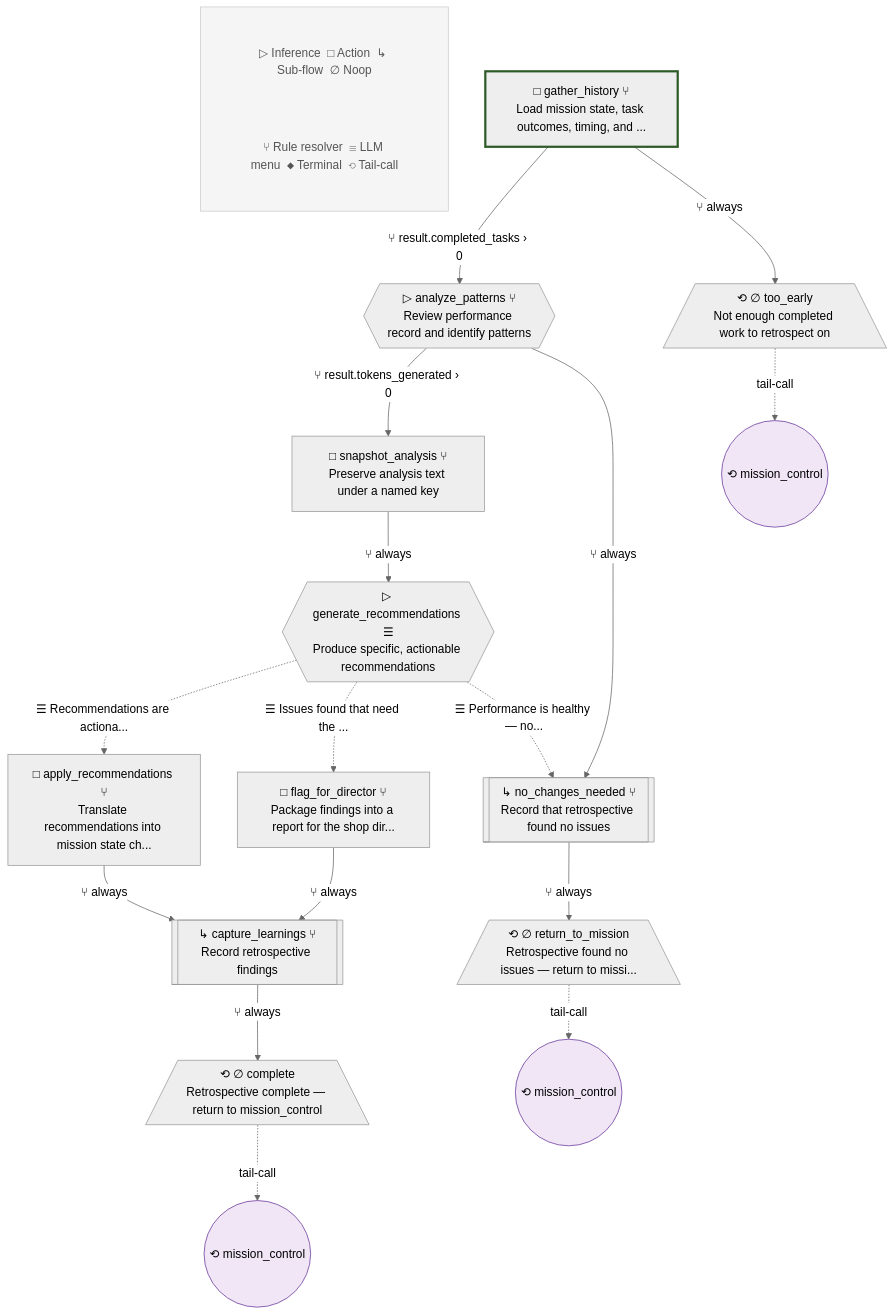
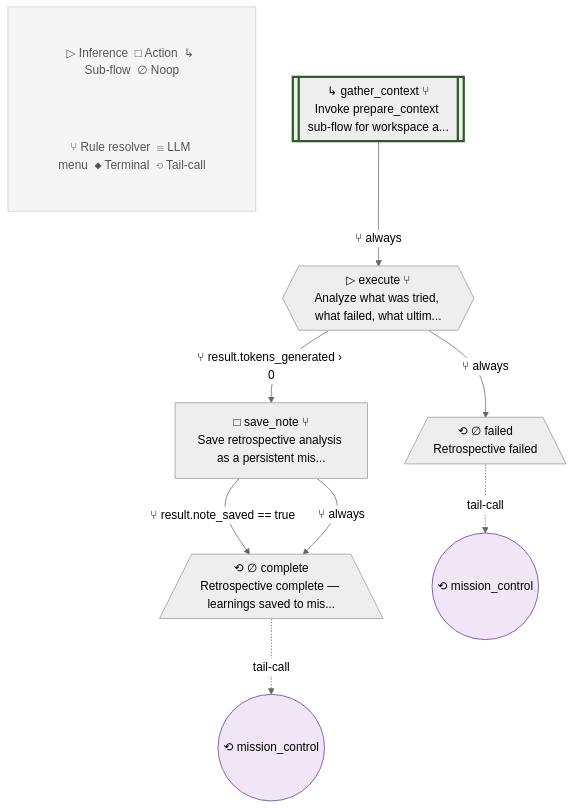
Before and after one commit to lah-rb/ouroboros: diagram 13 of 31 in blueprint.md, drawn with Mermaid (neutral theme). The commit also changed other lines of this file and 32 other files, not shown here.

````diff
--- a/blueprint.md
+++ b/blueprint.md
@@ -1166,49 +1021,33 @@
 ```mermaid
 flowchart TD
-    %% retrospective v1
+    %% retrospective v3
 
     subgraph Legend[" "]
         L1["▷ Inference  □ Action  ↳ Sub-flow  ∅ Noop"]
         L2["⑂ Rule resolver  ☰ LLM menu  ◆ Terminal  ⟲ Tail-call"]
     end
     style Legend fill:#f5f5f5,stroke:#ccc,stroke-width:1px
     style L1 fill:#f5f5f5,stroke:none,color:#555
     style L2 fill:#f5f5f5,stroke:none,color:#555
 
-    gather_history["□ gather_history ⑂\nLoad mission state, task outcomes, timing, and ..."]
-    analyze_patterns{{"▷ analyze_patterns ⑂\nReview performance record and identify patterns"}}
-    snapshot_analysis["□ snapshot_analysis ⑂\nPreserve analysis text under a named key"]
-    generate_recommendations{{"▷ generate_recommendations ☰\nProduce specific, actionable recommendations"}}
-    apply_recommendations["□ apply_recommendations ⑂\nTranslate recommendations into mission state ch..."]
-    flag_for_director["□ flag_for_director ⑂\nPackage findings into a report for the shop dir..."]
-    capture_learnings[["↳ capture_learnings ⑂\nRecord retrospective findings"]]
-    complete[/"⟲ ∅ complete\nRetrospective complete — return to mission_control"\]
-    too_early[/"⟲ ∅ too_early\nNot enough completed work to retrospect on"\]
-    no_changes_needed[["↳ no_changes_needed ⑂\nRecord that retrospective found no issues"]]
-    return_to_mission[/"⟲ ∅ return_to_mission\nRetrospective found no issues — return to missi..."\]
+    gather_context[["↳ gather_context ⑂\nInvoke prepare_context sub-flow for workspace a..."]]
+    execute{{"▷ execute ⑂\nAnalyze what was tried, what failed, what ultim..."}}
+    save_note["□ save_note ⑂\nSave retrospective analysis as a persistent mis..."]
+    complete[/"⟲ ∅ complete\nRetrospective complete — learnings saved to mis..."\]
+    failed[/"⟲ ∅ failed\nRetrospective failed"\]
 
-    style gather_history stroke-width:3px,stroke:#2d5a27
+    style gather_context stroke-width:3px,stroke:#2d5a27
 
-    gather_history -->|⑂ result.completed_tasks › 0| analyze_patterns
-    gather_history -->|⑂ always| too_early
-    analyze_patterns -->|⑂ result.tokens_generated › 0| snapshot_analysis
-    analyze_patterns -->|⑂ always| no_changes_needed
-    snapshot_analysis -->|⑂ always| generate_recommendations
-    generate_recommendations -.->|☰ Recommendations are actiona...| apply_recommendations
-    generate_recommendations -.->|☰ Issues found that need the ...| flag_for_director
-    generate_recommendations -.->|☰ Performance is healthy — no...| no_changes_needed
-    apply_recommendations -->|⑂ always| capture_learnings
-    flag_for_director -->|⑂ always| capture_learnings
-    capture_learnings -->|⑂ always| complete
+    gather_context -->|⑂ always| execute
+    execute -->|⑂ result.tokens_generated › 0| save_note
+    execute -->|⑂ always| failed
+    save_note -->|⑂ result.note_saved == true| complete
+    save_note -->|⑂ always| complete
     tc_complete(("⟲ mission_control"))
     style tc_complete fill:#f0e6f6,stroke:#663399
     complete -.->|tail-call| tc_complete
-    tc_too_early(("⟲ mission_control"))
-    style tc_too_early fill:#f0e6f6,stroke:#663399
-    too_early -.->|tail-call| tc_too_early
-    no_changes_needed -->|⑂ always| return_to_mission
-    tc_return_to_mission(("⟲ mission_control"))
-    style tc_return_to_mission fill:#f0e6f6,stroke:#663399
-    return_to_mission -.->|tail-call| tc_return_to_mission
+    tc_failed(("⟲ mission_control"))
+    style tc_failed fill:#f0e6f6,stroke:#663399
+    failed -.->|tail-call| tc_failed
 
 ```
````
